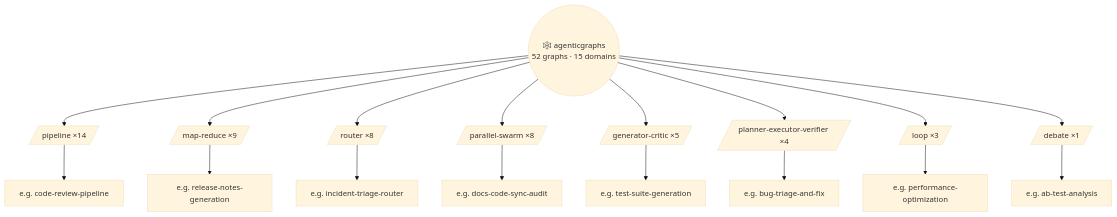
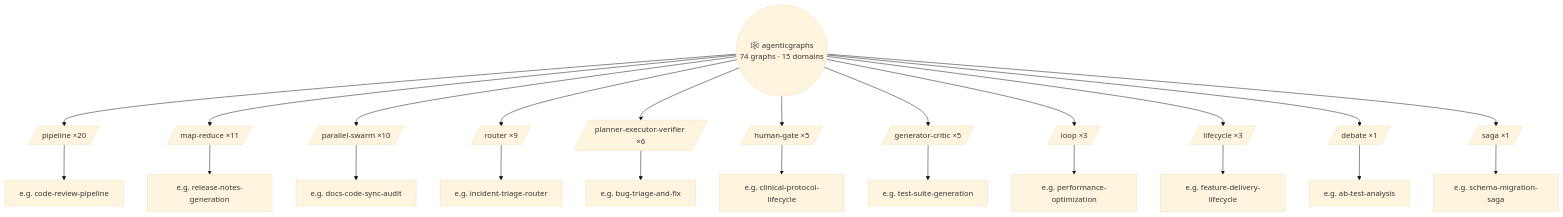
One commit to ypollak2/agenticgraphs changed the second of 3 diagrams in README.md. Above: the diagram before and after it, drawn with Mermaid (base theme). The commit also changed other lines of this file and 242 other files, not shown here.

````diff
--- a/README.md
+++ b/README.md
@@ -132,20 +133,26 @@
 ```mermaid
 flowchart TD
-    ROOT(("🕸️ agenticgraphs<br/>52 graphs · 15 domains"))
-    ROOT --> P0[/"pipeline ×14"/]
+    ROOT(("🕸️ agenticgraphs<br/>74 graphs · 15 domains"))
+    ROOT --> P0[/"pipeline ×20"/]
     P0 --> E0["e.g. code-review-pipeline"]
-    ROOT --> P1[/"map-reduce ×9"/]
+    ROOT --> P1[/"map-reduce ×11"/]
     P1 --> E1["e.g. release-notes-generation"]
-    ROOT --> P2[/"router ×8"/]
-    P2 --> E2["e.g. incident-triage-router"]
-    ROOT --> P3[/"parallel-swarm ×8"/]
-    P3 --> E3["e.g. docs-code-sync-audit"]
-    ROOT --> P4[/"generator-critic ×5"/]
-    P4 --> E4["e.g. test-suite-generation"]
-    ROOT --> P5[/"planner-executor-verifier ×4"/]
-    P5 --> E5["e.g. bug-triage-and-fix"]
-    ROOT --> P6[/"loop ×3"/]
-    P6 --> E6["e.g. performance-optimization"]
-    ROOT --> P7[/"debate ×1"/]
-    P7 --> E7["e.g. ab-test-analysis"]
+    ROOT --> P2[/"parallel-swarm ×10"/]
+    P2 --> E2["e.g. docs-code-sync-audit"]
+    ROOT --> P3[/"router ×9"/]
+    P3 --> E3["e.g. incident-triage-router"]
+    ROOT --> P4[/"planner-executor-verifier ×6"/]
+    P4 --> E4["e.g. bug-triage-and-fix"]
+    ROOT --> P5[/"human-gate ×5"/]
+    P5 --> E5["e.g. clinical-protocol-lifecycle"]
+    ROOT --> P6[/"generator-critic ×5"/]
+    P6 --> E6["e.g. test-suite-generation"]
+    ROOT --> P7[/"loop ×3"/]
+    P7 --> E7["e.g. performance-optimization"]
+    ROOT --> P8[/"lifecycle ×3"/]
+    P8 --> E8["e.g. feature-delivery-lifecycle"]
+    ROOT --> P9[/"debate ×1"/]
+    P9 --> E9["e.g. ab-test-analysis"]
+    ROOT --> P10[/"saga ×1"/]
+    P10 --> E10["e.g. schema-migration-saga"]
 ```
````
